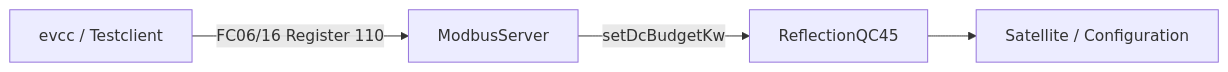
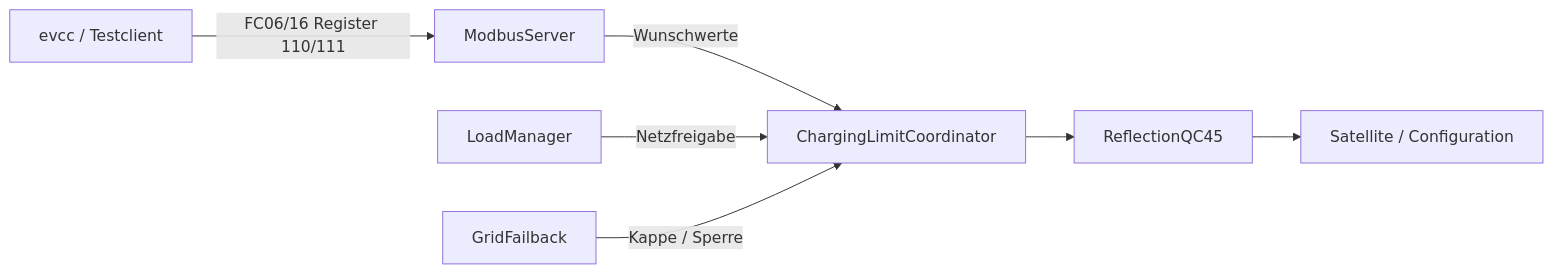
One commit to BugUser0815/QC45 changed the diagram in wiki/Modbus-TCP.md. Above: the diagram before and after it, drawn with Mermaid. The commit also changed other lines of this file and 40 other files, not shown here.

````diff
--- a/wiki/Modbus-TCP.md
+++ b/wiki/Modbus-TCP.md
@@ -55,6 +55,8 @@
 ```mermaid
 flowchart LR
-  Client[evcc / Testclient] -->|FC06/16 Register 110| MB[ModbusServer]
-  MB -->|setDcBudgetKw| REF[ReflectionQC45]
-  REF --> EVCSD[Satellite / Configuration]
+  Client[evcc / Testclient] -->|FC06/16 Register 110/111| MB[ModbusServer]
+  MB -->|Wunschwerte| LIM[ChargingLimitCoordinator]
+  LM[LoadManager] -->|Netzfreigabe| LIM
+  FB[GridFailback] -->|Kappe / Sperre| LIM
+  LIM --> REF[ReflectionQC45] --> EVCSD[Satellite / Configuration]
 ```
````
